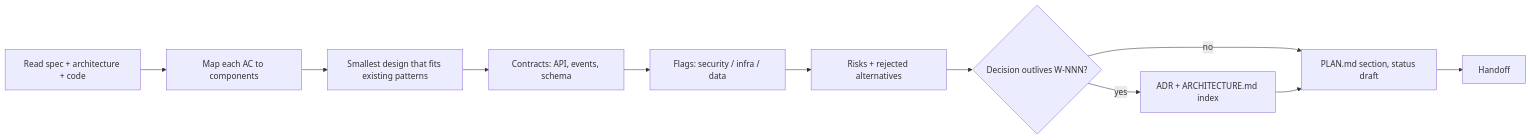
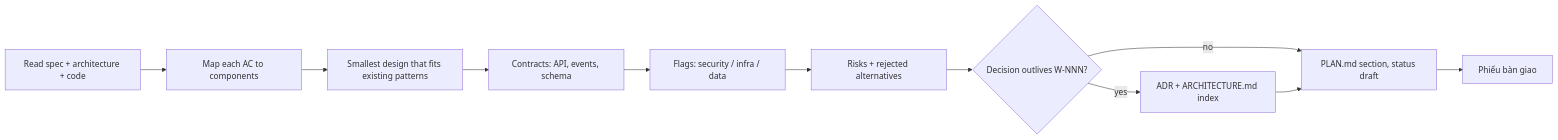
The diagram in agents/architect.md (Tuan-Quyen/technical-teams), drawn with Mermaid before and after one commit. The commit also changed other lines of this file and 46 other files, not shown here.

````diff
--- a/agents/architect.md
+++ b/agents/architect.md
@@ -23,12 +24,12 @@
 ```mermaid
 flowchart LR
   A[Read spec + architecture + code] --> B[Map each AC to components]
   B --> C[Smallest design that fits existing patterns]
   C --> D[Contracts: API, events, schema]
   D --> E[Flags: security / infra / data]
   E --> F[Risks + rejected alternatives]
   F --> G{Decision outlives W-NNN?}
   G -- yes --> H[ADR + ARCHITECTURE.md index]
   G -- no --> I[PLAN.md section, status draft]
-  H --> I --> J[Handoff]
+  H --> I --> J[Phiếu bàn giao]
 ```
````
